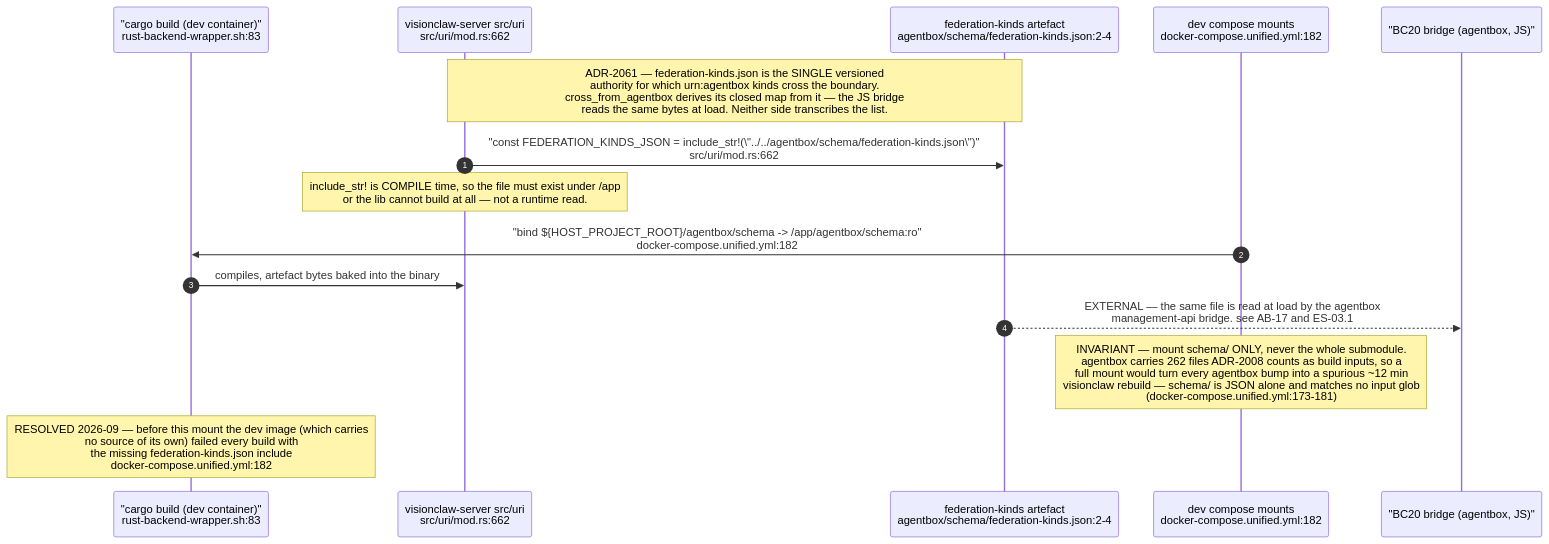
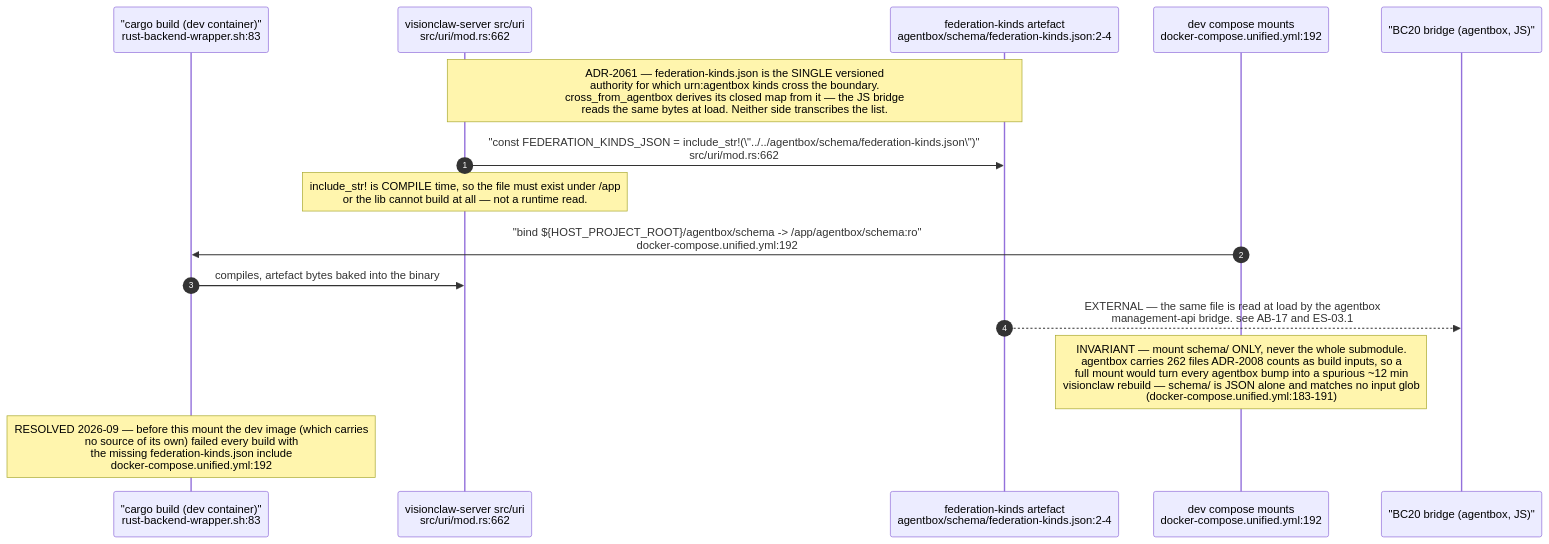
Diagram 20 of 24 in docs/diagrams/estate/09-build-deploy-and-ci-estate.md (DreamLab-AI/VisionFlow), drawn with Mermaid before and after one commit. The commit also changed other lines of this file and 145 other files, not shown here.

````diff
--- a/docs/diagrams/estate/09-build-deploy-and-ci-estate.md
+++ b/docs/diagrams/estate/09-build-deploy-and-ci-estate.md
@@ -705,18 +708,18 @@
 ```mermaid
 sequenceDiagram
     autonumber
     participant CB as "cargo build (dev container)"<br/>rust-backend-wrapper.sh:83
     participant URI as visionclaw-server src/uri<br/>src/uri/mod.rs:662
     participant FK as federation-kinds artefact<br/>agentbox/schema/federation-kinds.json:2-4
-    participant CMP as dev compose mounts<br/>docker-compose.unified.yml:182
+    participant CMP as dev compose mounts<br/>docker-compose.unified.yml:192
     participant BR as "BC20 bridge (agentbox, JS)"
 
     Note over URI,FK: ADR-2061 — federation-kinds.json is the SINGLE versioned<br/>authority for which urn:agentbox kinds cross the boundary.<br/>cross_from_agentbox derives its closed map from it — the JS bridge<br/>reads the same bytes at load. Neither side transcribes the list.
     URI->>FK: "const FEDERATION_KINDS_JSON = include_str!(\"../../agentbox/schema/federation-kinds.json\")"<br/>src/uri/mod.rs:662
     Note over URI: include_str! is COMPILE time, so the file must exist under /app<br/>or the lib cannot build at all — not a runtime read.
-    CMP->>CB: "bind ${HOST_PROJECT_ROOT}/agentbox/schema -> /app/agentbox/schema:ro"<br/>docker-compose.unified.yml:182
+    CMP->>CB: "bind ${HOST_PROJECT_ROOT}/agentbox/schema -> /app/agentbox/schema:ro"<br/>docker-compose.unified.yml:192
     CB->>URI: compiles, artefact bytes baked into the binary
     FK-->>BR: EXTERNAL — the same file is read at load by the agentbox<br/>management-api bridge. see AB-17 and ES-03.1
-    Note over CMP: INVARIANT — mount schema/ ONLY, never the whole submodule.<br/>agentbox carries 262 files ADR-2008 counts as build inputs, so a<br/>full mount would turn every agentbox bump into a spurious ~12 min<br/>visionclaw rebuild — schema/ is JSON alone and matches no input glob<br/>(docker-compose.unified.yml:173-181)
-    Note over CB: RESOLVED 2026-09 — before this mount the dev image (which carries<br/>no source of its own) failed every build with<br/>the missing federation-kinds.json include<br/>docker-compose.unified.yml:182
+    Note over CMP: INVARIANT — mount schema/ ONLY, never the whole submodule.<br/>agentbox carries 262 files ADR-2008 counts as build inputs, so a<br/>full mount would turn every agentbox bump into a spurious ~12 min<br/>visionclaw rebuild — schema/ is JSON alone and matches no input glob<br/>(docker-compose.unified.yml:183-191)
+    Note over CB: RESOLVED 2026-09 — before this mount the dev image (which carries<br/>no source of its own) failed every build with<br/>the missing federation-kinds.json include<br/>docker-compose.unified.yml:192
 ```
````
